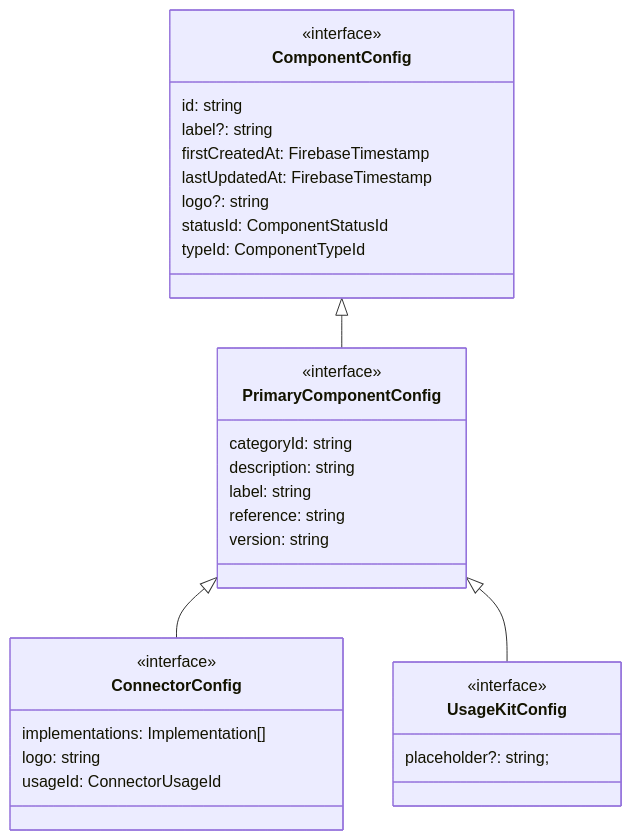
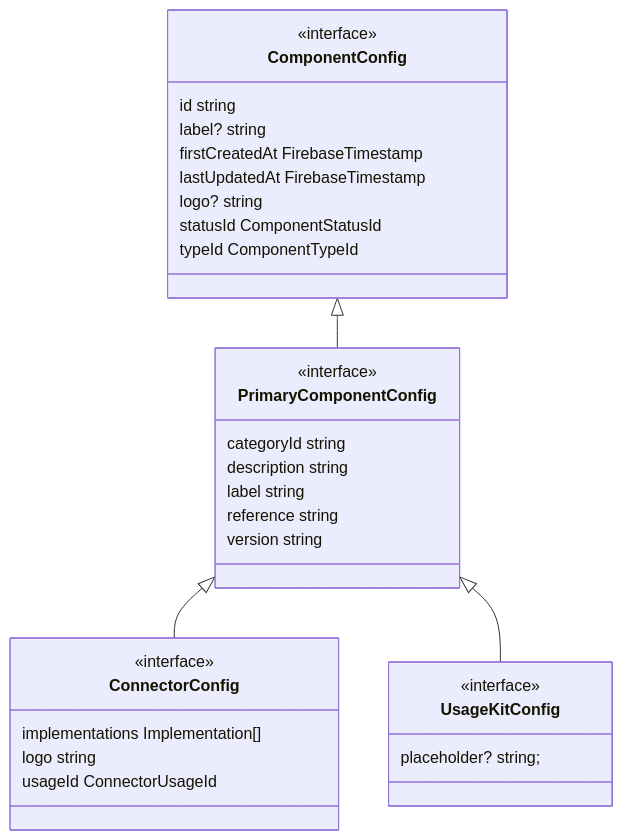
Before and after one commit to data-positioning/datapos-shared: the second of 5 diagrams in README.md, drawn with Mermaid. The commit also changed other lines of this file and 1 other file, not shown here.

````diff
--- a/README.md
+++ b/README.md
@@ -79,40 +79,40 @@
 ```mermaid
 classDiagram
     direction TB
 
     ComponentConfig <|-- PrimaryComponentConfig
     PrimaryComponentConfig <|-- ConnectorConfig
     PrimaryComponentConfig <|-- UsageKitConfig
 
     class ComponentConfig {
         <<interface>>
-        id: string
-        label?: string
-        firstCreatedAt: FirebaseTimestamp
-        lastUpdatedAt: FirebaseTimestamp
-        logo?: string
-        statusId: ComponentStatusId
-        typeId: ComponentTypeId
+        id string
+        label? string
+        firstCreatedAt FirebaseTimestamp
+        lastUpdatedAt FirebaseTimestamp
+        logo? string
+        statusId ComponentStatusId
+        typeId ComponentTypeId
     }
 
     class PrimaryComponentConfig {
         <<interface>>
-        categoryId: string
-        description: string
-        label: string
-        reference: string
-        version: string
+        categoryId string
+        description string
+        label string
+        reference string
+        version string
     }
 
     class ConnectorConfig {
         <<interface>>
-        implementations: Implementation[]
-        logo: string
-        usageId: ConnectorUsageId
+        implementations Implementation[]
+        logo string
+        usageId ConnectorUsageId
     }
 
     class UsageKitConfig {
         <<interface>>
-        placeholder?: string;
+        placeholder? string;
     }
 ```
````
